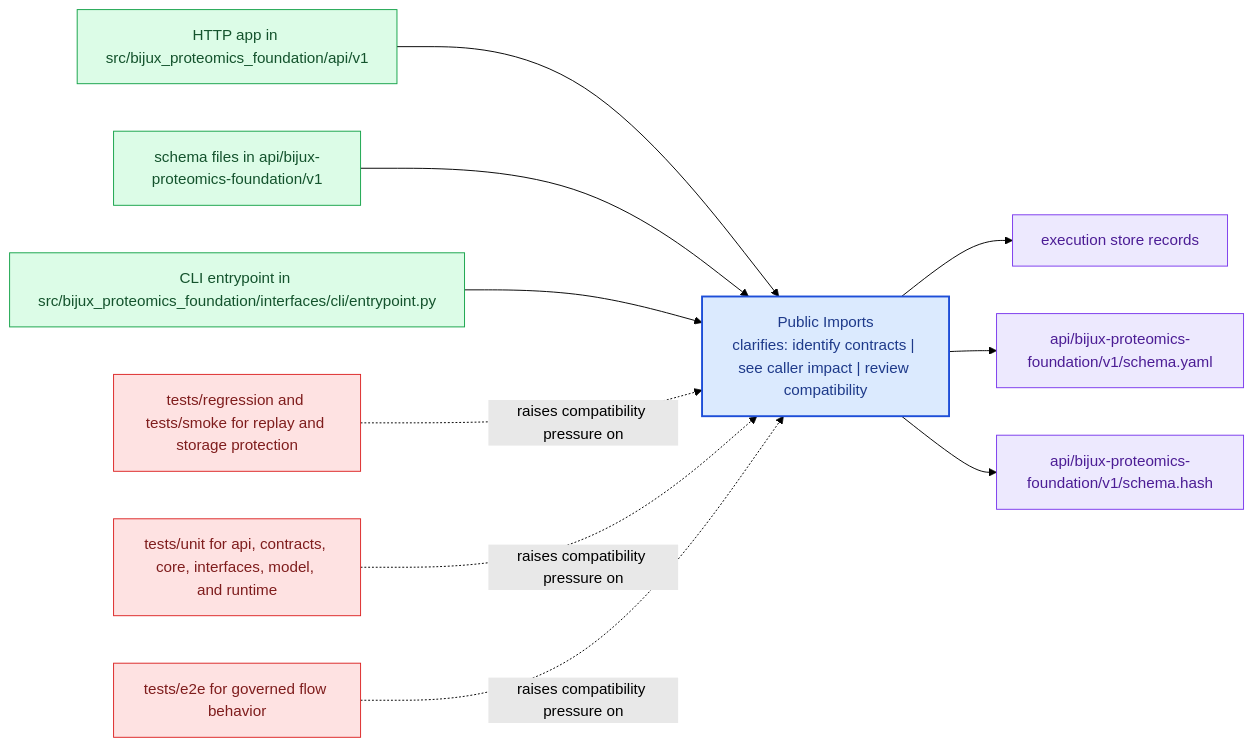
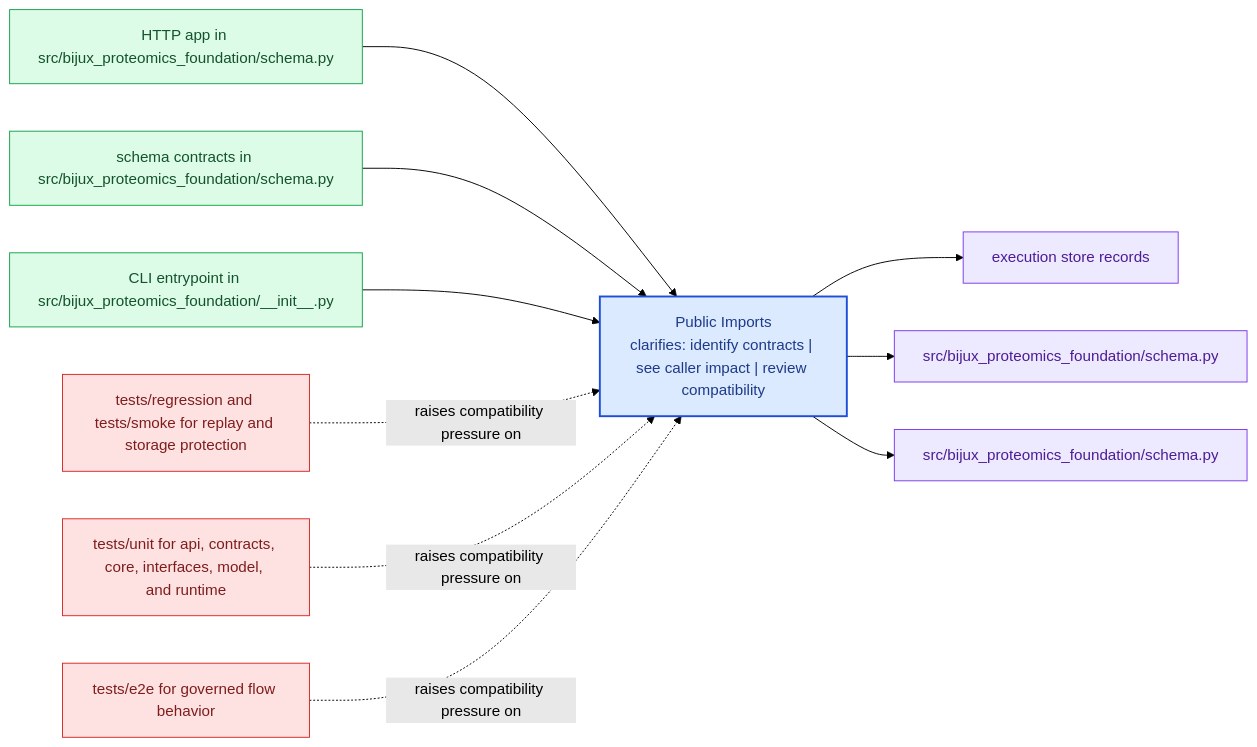
The diagram in docs/bijux-proteomics-foundation/interfaces/public-imports.md (bijux/bijux-proteomics), drawn with Mermaid (forest theme) before and after one commit. The commit also changed other lines of this file and 24 other files, not shown here.

Commit message:
docs(bijux-proteomics-foundation): align package handbook to schema and serialization ownership

````diff
--- a/docs/bijux-proteomics-foundation/interfaces/public-imports.md
+++ b/docs/bijux-proteomics-foundation/interfaces/public-imports.md
@@ -23,31 +23,31 @@
 ```mermaid
 flowchart LR
     page["Public Imports<br/>clarifies: identify contracts | see caller impact | review compatibility"]
     classDef page fill:#dbeafe,stroke:#1d4ed8,color:#1e3a8a,stroke-width:2px;
     classDef positive fill:#dcfce7,stroke:#16a34a,color:#14532d;
     classDef caution fill:#fee2e2,stroke:#dc2626,color:#7f1d1d;
     classDef anchor fill:#ede9fe,stroke:#7c3aed,color:#4c1d95;
     classDef action fill:#fef3c7,stroke:#d97706,color:#7c2d12;
-    surface1["HTTP app in src/bijux_proteomics_foundation/api/v1"]
+    surface1["HTTP app in src/bijux_proteomics_foundation/schema.py"]
     surface1 --> page
-    surface2["schema files in api/bijux-proteomics-foundation/v1"]
+    surface2["schema contracts in src/bijux_proteomics_foundation/schema.py"]
     surface2 --> page
-    surface3["CLI entrypoint in src/bijux_proteomics_foundation/interfaces/cli/entrypoint.py"]
+    surface3["CLI entrypoint in src/bijux_proteomics_foundation/__init__.py"]
     surface3 --> page
     proof1["execution store records"]
     page --> proof1
-    proof2["api/bijux-proteomics-foundation/v1/schema.yaml"]
+    proof2["src/bijux_proteomics_foundation/schema.py"]
     page --> proof2
-    proof3["api/bijux-proteomics-foundation/v1/schema.hash"]
+    proof3["src/bijux_proteomics_foundation/schema.py"]
     page --> proof3
     review1["tests/regression and tests/smoke for replay and storage protection"]
     review1 -.raises compatibility pressure on.-> page
     review2["tests/unit for api, contracts, core, interfaces, model, and runtime"]
     review2 -.raises compatibility pressure on.-> page
     review3["tests/e2e for governed flow behavior"]
     review3 -.raises compatibility pressure on.-> page
     class page page;
     class surface1,surface2,surface3 positive;
     class proof1,proof2,proof3 anchor;
     class review1,review2,review3 caution;
 ```
````
